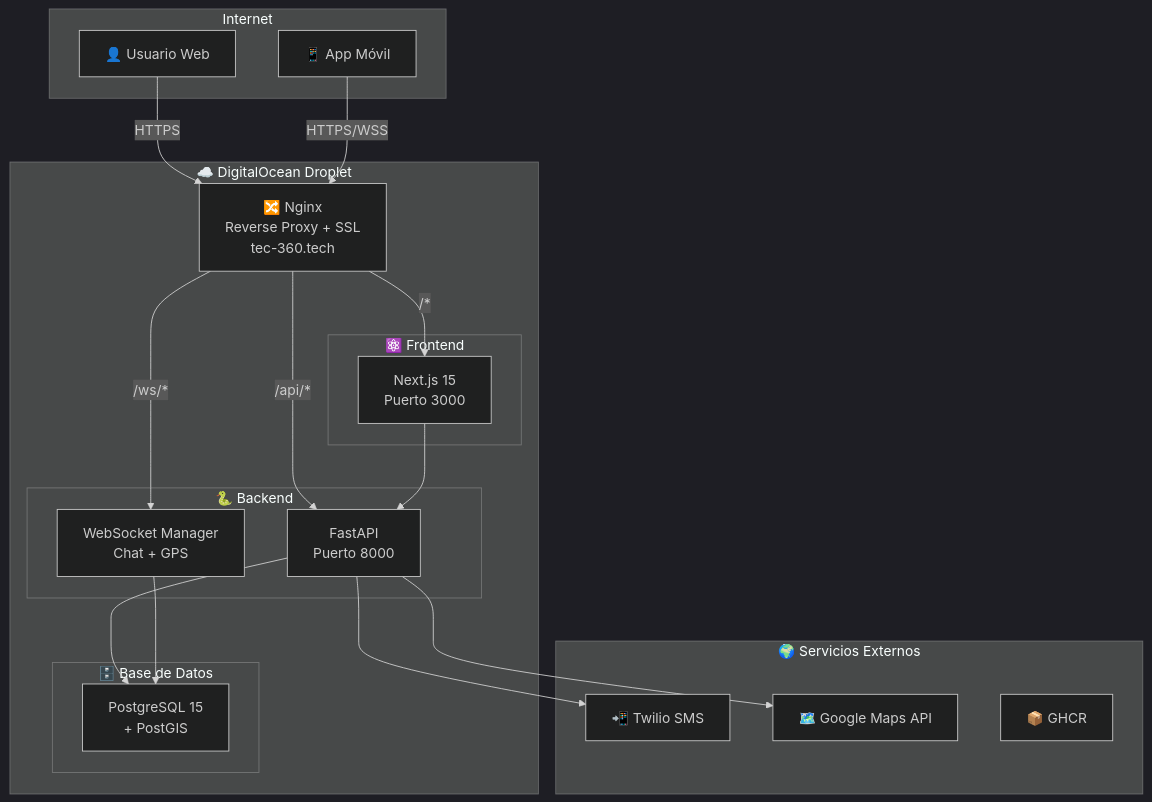
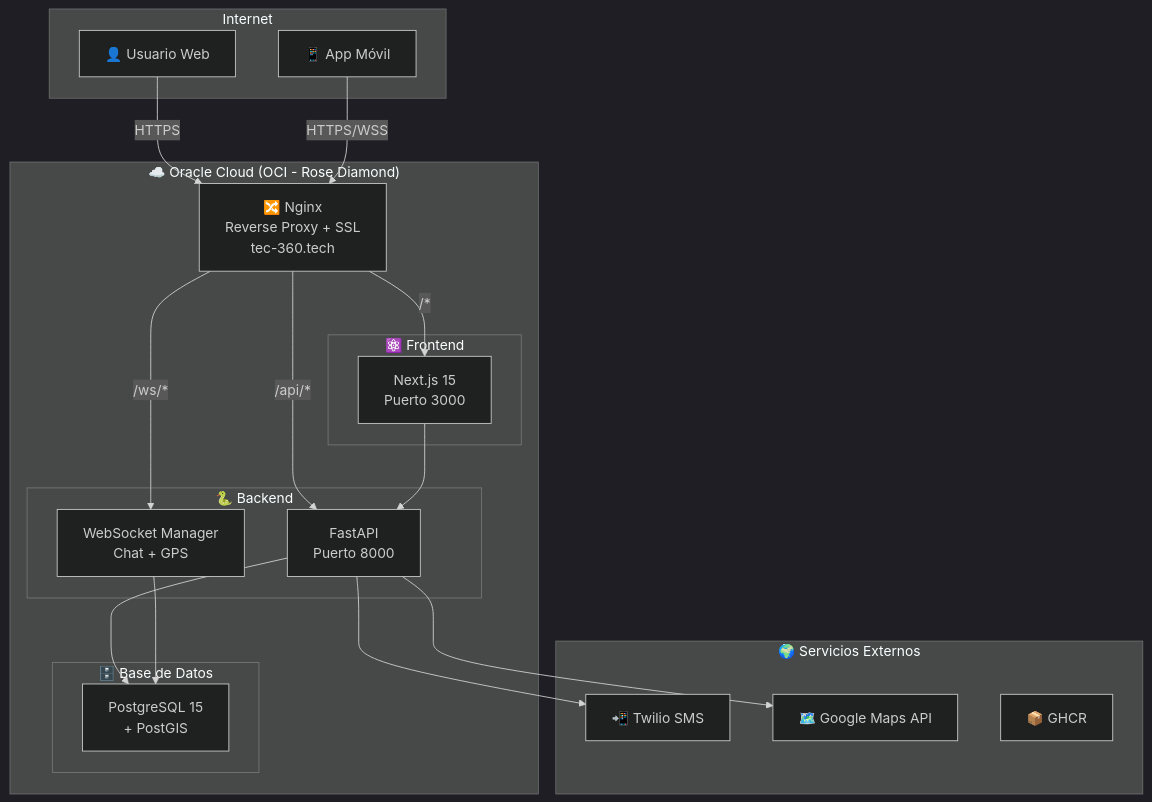
The first of 2 diagrams in README.md (David-I-X/tec360-seguridad), drawn with Mermaid (dark theme) before and after one commit. The commit also changed other lines of this file and 7 other files, not shown here.

Commit message:
fix(infra): migrate storage and infrastructure references from DigitalOcean to Oracle Cloud (OCI)

````diff
--- a/README.md
+++ b/README.md
@@ -11,41 +11,41 @@
 ```mermaid
 graph TB
     subgraph Internet
         U["👤 Usuario Web"]
         M["📱 App Móvil"]
     end
 
-    subgraph DigitalOcean["☁️ DigitalOcean Droplet"]
+    subgraph OracleCloud["☁️ Oracle Cloud (OCI - Rose Diamond)"]
         NGINX["🔀 Nginx\nReverse Proxy + SSL\ntec-360.tech"]
 
         subgraph Backend["🐍 Backend"]
             API["FastAPI\nPuerto 8000"]
             WS["WebSocket Manager\nChat + GPS"]
         end
 
         subgraph Frontend["⚛️ Frontend"]
             NEXT["Next.js 15\nPuerto 3000"]
         end
 
         subgraph Database["🗄️ Base de Datos"]
             PG["PostgreSQL 15\n+ PostGIS"]
         end
     end
 
     subgraph External["🌍 Servicios Externos"]
         TWILIO["📲 Twilio SMS"]
         GMAPS["🗺️ Google Maps API"]
         GHCR["📦 GHCR"]
     end
 
     U -->|HTTPS| NGINX
     M -->|HTTPS/WSS| NGINX
     NGINX -->|/api/*| API
     NGINX -->|/ws/*| WS
     NGINX -->|/*| NEXT
     API --> PG
     WS --> PG
     API --> TWILIO
     API --> GMAPS
     NEXT --> API
 ```
````
